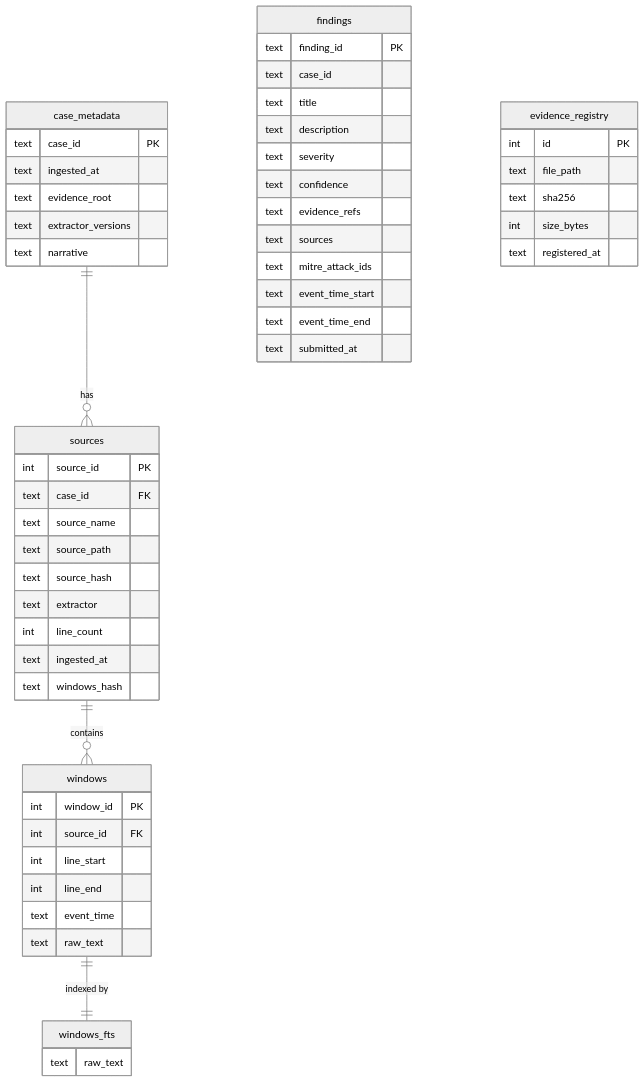
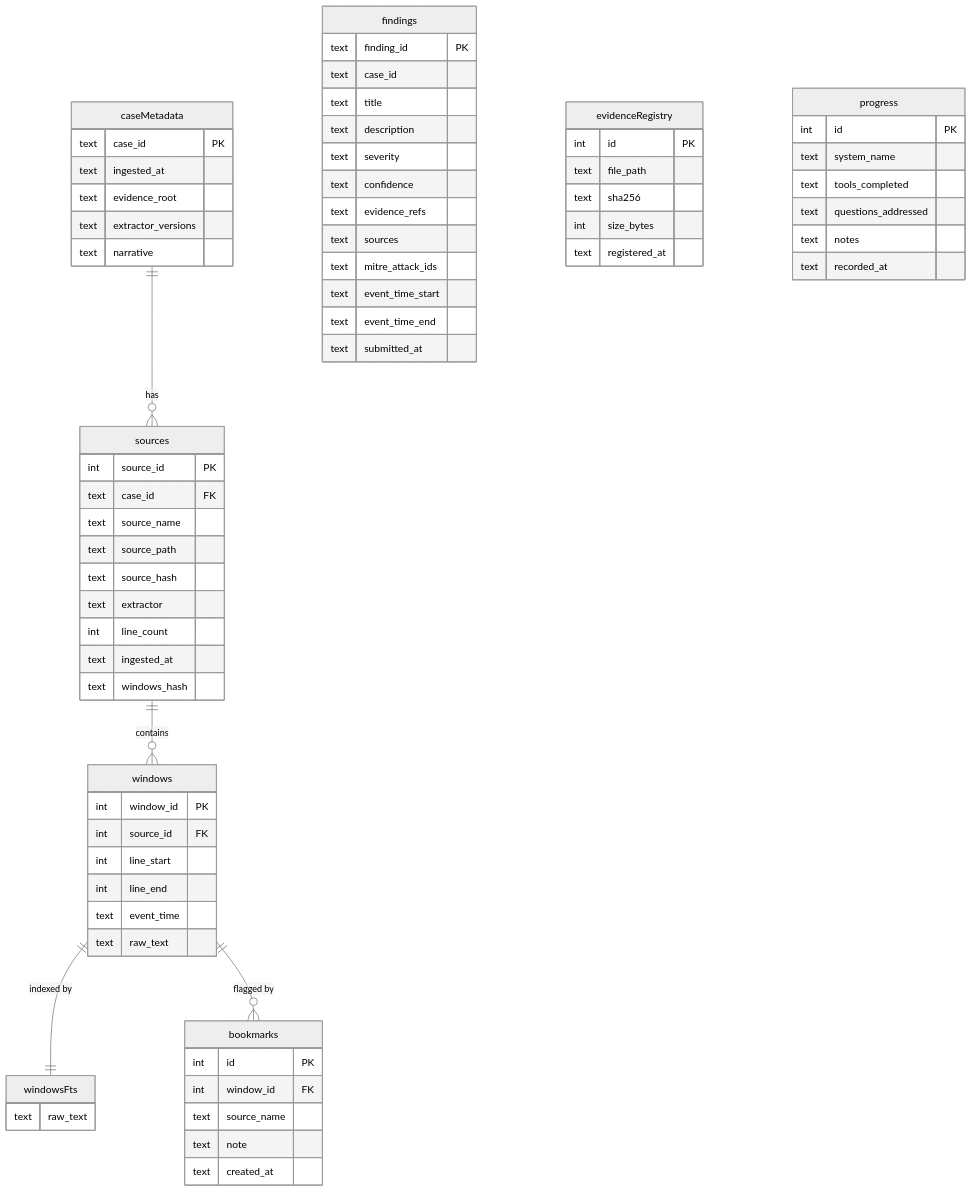
One commit to calebevans/mulder changed the sixth of 7 diagrams in docs/architecture.md. Above: the diagram before and after it, drawn with Mermaid (neutral theme). The commit also changed other lines of this file and 1 other file, not shown here.

Commit message:
docs: architecture and README updates - Update README with new orchestration pipeline usage - Revise architecture documentation for split-phase design

````diff
--- a/docs/architecture.md
+++ b/docs/architecture.md
@@ -194,62 +221,80 @@
 ```mermaid
 erDiagram
-    case_metadata {
+    caseMetadata {
         text case_id PK
         text ingested_at
         text evidence_root
         text extractor_versions
         text narrative
     }
 
     sources {
         int source_id PK
         text case_id FK
         text source_name
         text source_path
         text source_hash
         text extractor
         int line_count
         text ingested_at
         text windows_hash
     }
 
     windows {
         int window_id PK
         int source_id FK
         int line_start
         int line_end
         text event_time
         text raw_text
     }
 
-    windows_fts {
+    windowsFts {
         text raw_text
     }
 
     findings {
         text finding_id PK
         text case_id
         text title
         text description
         text severity
         text confidence
         text evidence_refs
         text sources
         text mitre_attack_ids
         text event_time_start
         text event_time_end
         text submitted_at
     }
 
-    evidence_registry {
+    evidenceRegistry {
         int id PK
         text file_path
         text sha256
         int size_bytes
         text registered_at
     }
 
-    case_metadata ||--o{ sources : "has"
+    bookmarks {
+        int id PK
+        int window_id FK
+        text source_name
+        text note
+        text created_at
+    }
+
+    progress {
+        int id PK
+        text system_name
+        text tools_completed
+        text questions_addressed
+        text notes
+        text recorded_at
+    }
+
+    caseMetadata ||--o{ sources : "has"
     sources ||--o{ windows : "contains"
-    windows ||--|| windows_fts : "indexed by"
+    windows ||--|| windowsFts : "indexed by"
+    windows ||--o{ bookmarks : "flagged by"
 ```
````
